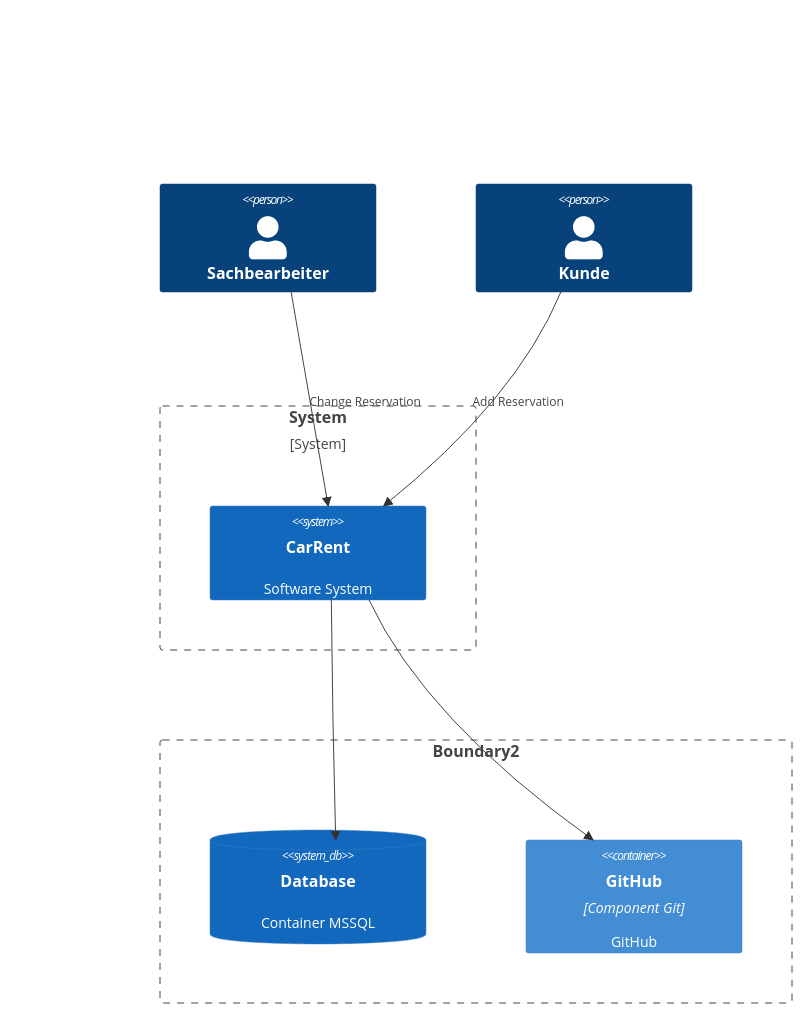
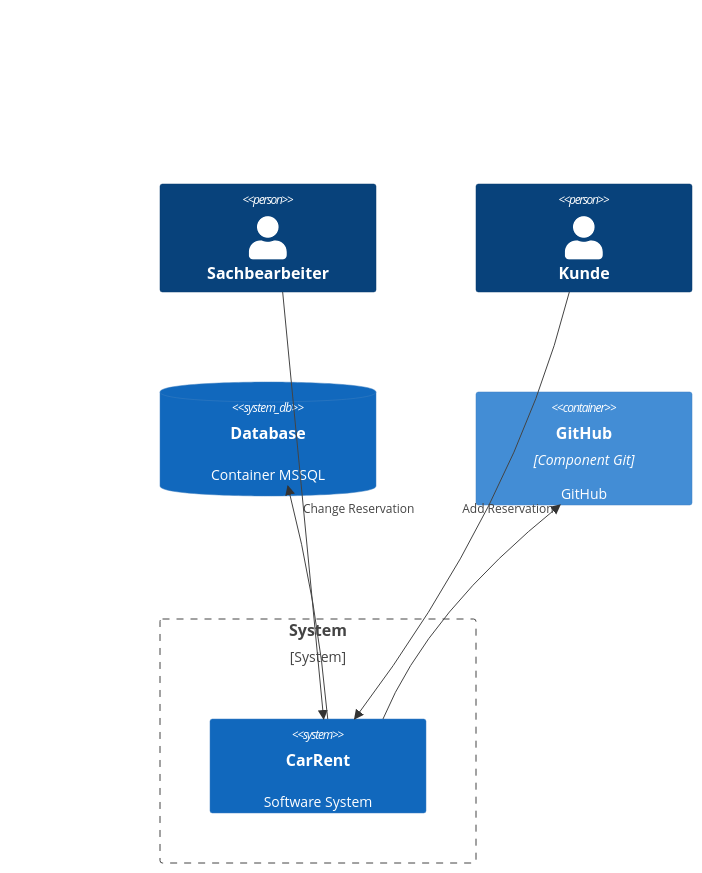
The first of 2 diagrams in README.md (tsolenthaler/zbw-sad-carrent2124), drawn with Mermaid before and after one commit.

Commit message:
remove boundary

````diff
--- a/README.md
+++ b/README.md
@@ -6,21 +6,19 @@
 ```mermaid
 C4Context
     Person(Sachbearbeiter, "Sachbearbeiter")
      Person(Kunde, "Kunde")
 
     Boundary(b1, "System", "System") {
         System(CarRent, "CarRent", "Software System")
     }
 
-    Boundary(b2, "Boundary2", "") {
-        SystemDb(Database, "Database", "Container MSSQL")
-        Container(github, "GitHub", "Component Git", "GitHub")
-    }
+    SystemDb(Database, "Database", "Container MSSQL")
+    Container(github, "GitHub", "Component Git", "GitHub")
 
     Rel(Sachbearbeiter, CarRent, "Change Reservation")
     Rel(Kunde, CarRent, "Add Reservation")
     Rel(CarRent, Database, "")
     Rel(CarRent, github, "")
 
     UpdateLayoutConfig($c4ShapeInRow="3", $c4BoundaryInRow="1")
 ```
````
